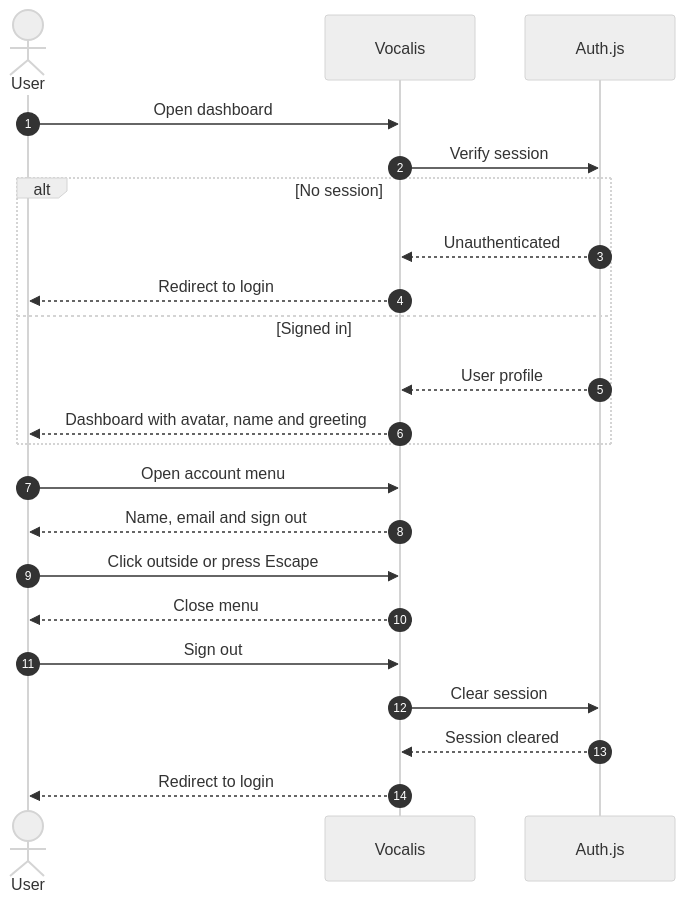
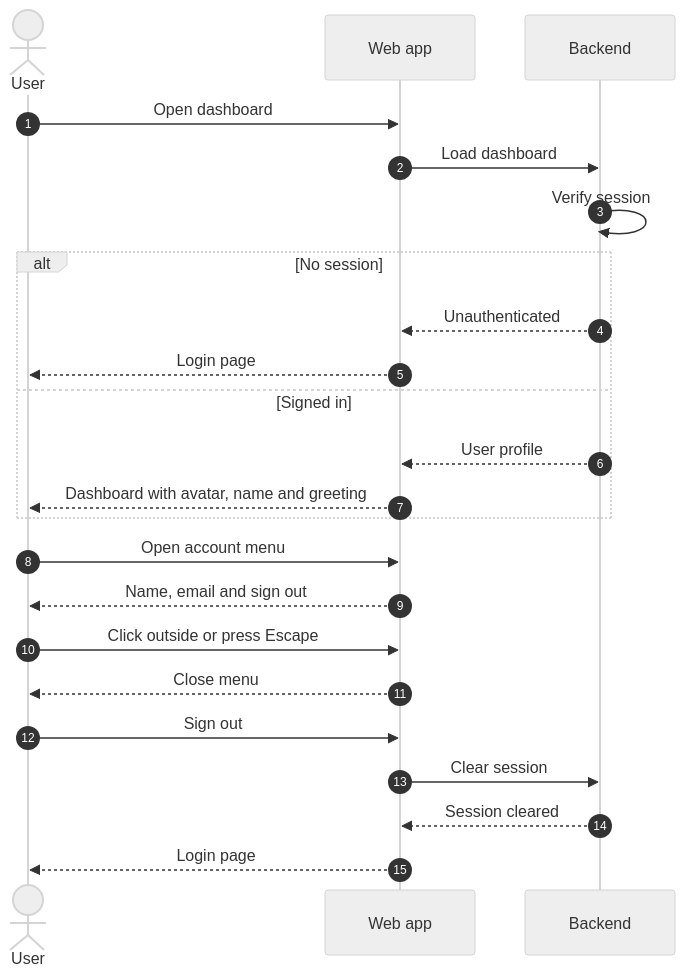
Before and after one commit to Isa-30a/Vocalis: the diagram in docs/features/dashboard-header-user.md, drawn with Mermaid (neutral theme).

Commit message:
docs: align dashboard header flow with feature docs
Use three participants so the web/backend boundary stays clear at a glance.

````diff
--- a/docs/features/dashboard-header-user.md
+++ b/docs/features/dashboard-header-user.md
@@ -8,29 +8,30 @@
 ```mermaid
 sequenceDiagram
     autonumber
     actor User
-    participant App as Vocalis
-    participant Auth as Auth.js
+    participant Web as Web app
+    participant API as Backend
 
-    User->>App: Open dashboard
-    App->>Auth: Verify session
+    User->>Web: Open dashboard
+    Web->>API: Load dashboard
+    API->>API: Verify session
 
     alt No session
-        Auth-->>App: Unauthenticated
-        App-->>User: Redirect to login
+        API-->>Web: Unauthenticated
+        Web-->>User: Login page
     else Signed in
-        Auth-->>App: User profile
-        App-->>User: Dashboard with avatar, name and greeting
+        API-->>Web: User profile
+        Web-->>User: Dashboard with avatar, name and greeting
     end
 
-    User->>App: Open account menu
-    App-->>User: Name, email and sign out
+    User->>Web: Open account menu
+    Web-->>User: Name, email and sign out
 
-    User->>App: Click outside or press Escape
-    App-->>User: Close menu
+    User->>Web: Click outside or press Escape
+    Web-->>User: Close menu
 
-    User->>App: Sign out
-    App->>Auth: Clear session
-    Auth-->>App: Session cleared
-    App-->>User: Redirect to login
+    User->>Web: Sign out
+    Web->>API: Clear session
+    API-->>Web: Session cleared
+    Web-->>User: Login page
 ```
````
